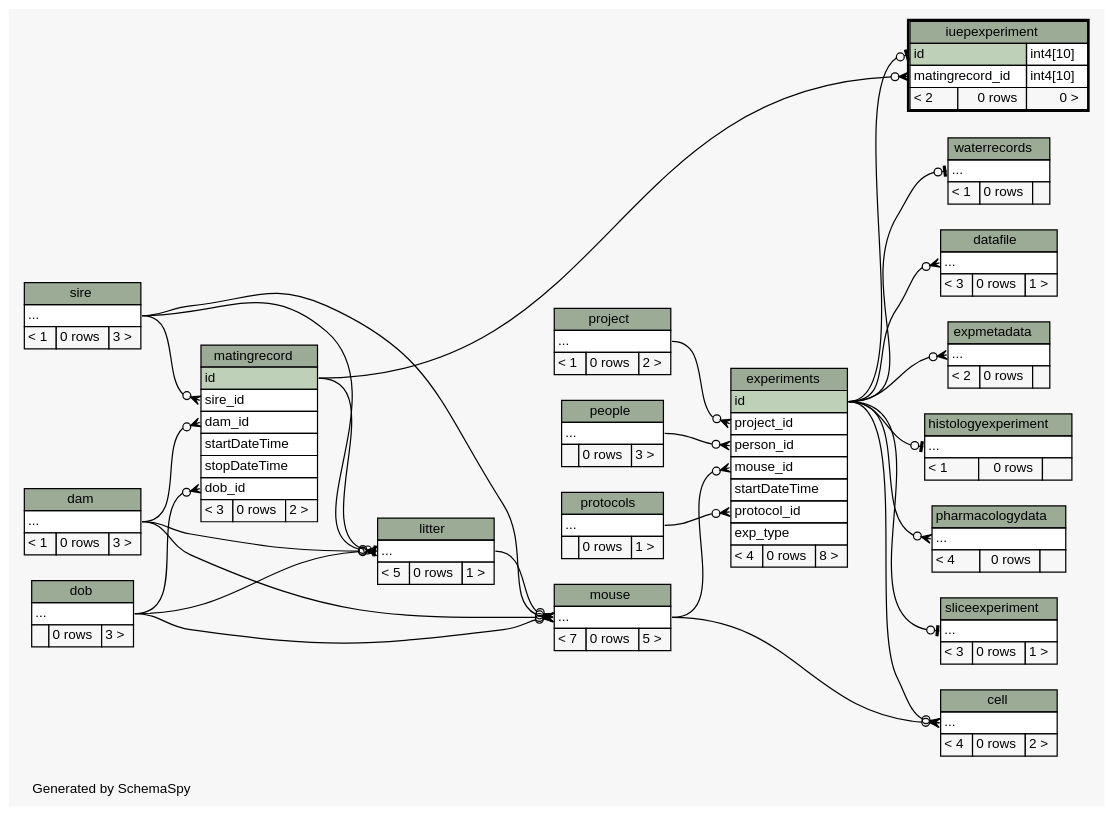
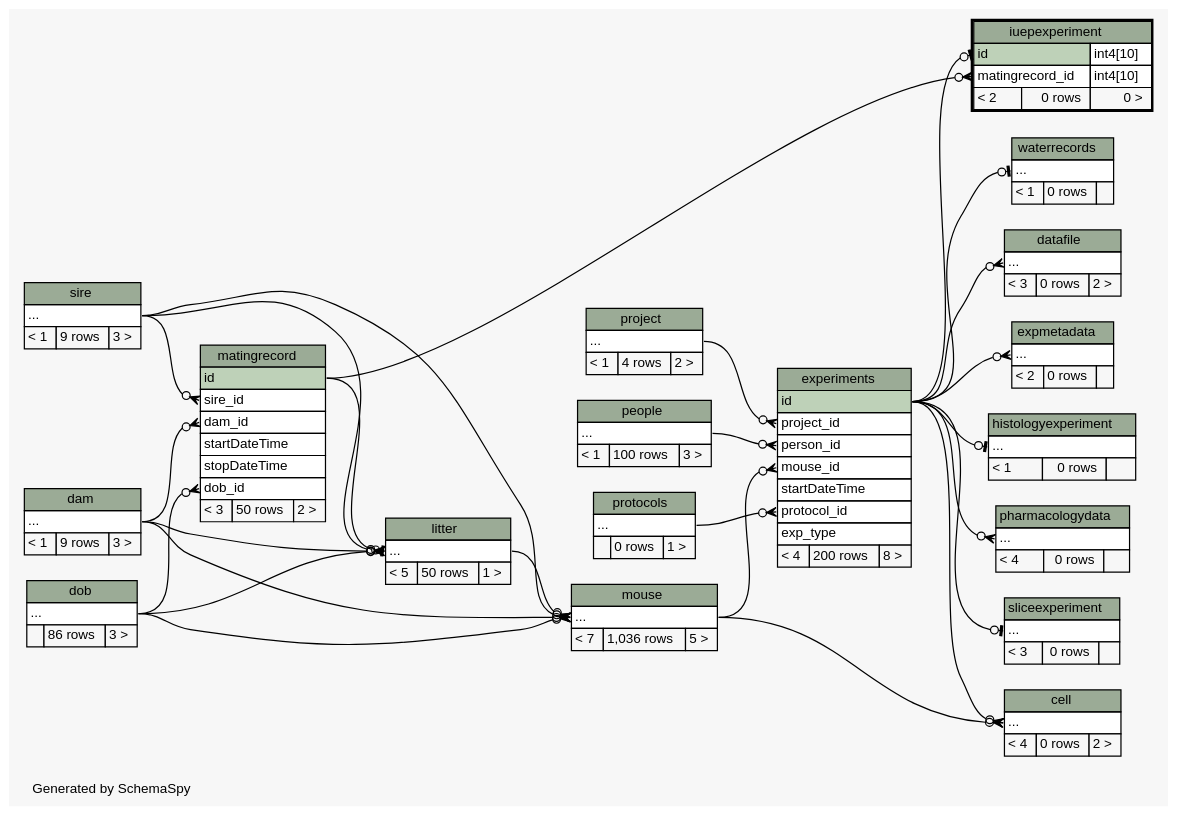
The diagram in database/ss/diagrams/iuepexperiment.2degrees.dot (tgbugs/mlab), drawn with Graphviz before and after one commit. The commit also changed 221 other files, not shown here.

```diff
--- a/database/ss/diagrams/iuepexperiment.2degrees.dot
+++ b/database/ss/diagrams/iuepexperiment.2degrees.dot
@@ -59,7 +59,7 @@
     <TABLE BORDER="0" CELLBORDER="1" CELLSPACING="0" BGCOLOR="#ffffff">
       <TR><TD COLSPAN="3" BGCOLOR="#9bab96" ALIGN="CENTER">dam</TD></TR>
       <TR><TD PORT="elipses" COLSPAN="3" ALIGN="LEFT">...</TD></TR>
-      <TR><TD ALIGN="LEFT" BGCOLOR="#f7f7f7">&lt; 1</TD><TD ALIGN="RIGHT" BGCOLOR="#f7f7f7">0 rows</TD><TD ALIGN="RIGHT" BGCOLOR="#f7f7f7">3 &gt;</TD></TR>
+      <TR><TD ALIGN="LEFT" BGCOLOR="#f7f7f7">&lt; 1</TD><TD ALIGN="RIGHT" BGCOLOR="#f7f7f7">9 rows</TD><TD ALIGN="RIGHT" BGCOLOR="#f7f7f7">3 &gt;</TD></TR>
     </TABLE>>
     URL="dam.html"
     tooltip="dam"
@@ -69,7 +69,7 @@
     <TABLE BORDER="0" CELLBORDER="1" CELLSPACING="0" BGCOLOR="#ffffff">
       <TR><TD COLSPAN="3" BGCOLOR="#9bab96" ALIGN="CENTER">datafile</TD></TR>
       <TR><TD PORT="elipses" COLSPAN="3" ALIGN="LEFT">...</TD></TR>
-      <TR><TD ALIGN="LEFT" BGCOLOR="#f7f7f7">&lt; 3</TD><TD ALIGN="RIGHT" BGCOLOR="#f7f7f7">0 rows</TD><TD ALIGN="RIGHT" BGCOLOR="#f7f7f7">1 &gt;</TD></TR>
+      <TR><TD ALIGN="LEFT" BGCOLOR="#f7f7f7">&lt; 3</TD><TD ALIGN="RIGHT" BGCOLOR="#f7f7f7">0 rows</TD><TD ALIGN="RIGHT" BGCOLOR="#f7f7f7">2 &gt;</TD></TR>
     </TABLE>>
     URL="datafile.html"
     tooltip="datafile"
@@ -79,7 +79,7 @@
     <TABLE BORDER="0" CELLBORDER="1" CELLSPACING="0" BGCOLOR="#ffffff">
       <TR><TD COLSPAN="3" BGCOLOR="#9bab96" ALIGN="CENTER">dob</TD></TR>
       <TR><TD PORT="elipses" COLSPAN="3" ALIGN="LEFT">...</TD></TR>
-      <TR><TD ALIGN="LEFT" BGCOLOR="#f7f7f7">  </TD><TD ALIGN="RIGHT" BGCOLOR="#f7f7f7">0 rows</TD><TD ALIGN="RIGHT" BGCOLOR="#f7f7f7">3 &gt;</TD></TR>
+      <TR><TD ALIGN="LEFT" BGCOLOR="#f7f7f7">  </TD><TD ALIGN="RIGHT" BGCOLOR="#f7f7f7">86 rows</TD><TD ALIGN="RIGHT" BGCOLOR="#f7f7f7">3 &gt;</TD></TR>
     </TABLE>>
     URL="dob.html"
     tooltip="dob"
@@ -95,7 +95,7 @@
       <TR><TD PORT="startDateTime" COLSPAN="3" ALIGN="LEFT">startDateTime</TD></TR>
       <TR><TD PORT="protocol_id" COLSPAN="3" ALIGN="LEFT">protocol_id</TD></TR>
       <TR><TD PORT="exp_type" COLSPAN="3" ALIGN="LEFT">exp_type</TD></TR>
-      <TR><TD ALIGN="LEFT" BGCOLOR="#f7f7f7">&lt; 4</TD><TD ALIGN="RIGHT" BGCOLOR="#f7f7f7">0 rows</TD><TD ALIGN="RIGHT" BGCOLOR="#f7f7f7">8 &gt;</TD></TR>
+      <TR><TD ALIGN="LEFT" BGCOLOR="#f7f7f7">&lt; 4</TD><TD ALIGN="RIGHT" BGCOLOR="#f7f7f7">200 rows</TD><TD ALIGN="RIGHT" BGCOLOR="#f7f7f7">8 &gt;</TD></TR>
     </TABLE>>
     URL="experiments.html"
     tooltip="experiments"
@@ -136,7 +136,7 @@
     <TABLE BORDER="0" CELLBORDER="1" CELLSPACING="0" BGCOLOR="#ffffff">
       <TR><TD COLSPAN="3" BGCOLOR="#9bab96" ALIGN="CENTER">litter</TD></TR>
       <TR><TD PORT="elipses" COLSPAN="3" ALIGN="LEFT">...</TD></TR>
-      <TR><TD ALIGN="LEFT" BGCOLOR="#f7f7f7">&lt; 5</TD><TD ALIGN="RIGHT" BGCOLOR="#f7f7f7">0 rows</TD><TD ALIGN="RIGHT" BGCOLOR="#f7f7f7">1 &gt;</TD></TR>
+      <TR><TD ALIGN="LEFT" BGCOLOR="#f7f7f7">&lt; 5</TD><TD ALIGN="RIGHT" BGCOLOR="#f7f7f7">50 rows</TD><TD ALIGN="RIGHT" BGCOLOR="#f7f7f7">1 &gt;</TD></TR>
     </TABLE>>
     URL="litter.html"
     tooltip="litter"
@@ -151,7 +151,7 @@
       <TR><TD PORT="startDateTime" COLSPAN="3" ALIGN="LEFT">startDateTime</TD></TR>
       <TR><TD PORT="stopDateTime" COLSPAN="3" ALIGN="LEFT">stopDateTime</TD></TR>
       <TR><TD PORT="dob_id" COLSPAN="3" ALIGN="LEFT">dob_id</TD></TR>
-      <TR><TD ALIGN="LEFT" BGCOLOR="#f7f7f7">&lt; 3</TD><TD ALIGN="RIGHT" BGCOLOR="#f7f7f7">0 rows</TD><TD ALIGN="RIGHT" BGCOLOR="#f7f7f7">2 &gt;</TD></TR>
+      <TR><TD ALIGN="LEFT" BGCOLOR="#f7f7f7">&lt; 3</TD><TD ALIGN="RIGHT" BGCOLOR="#f7f7f7">50 rows</TD><TD ALIGN="RIGHT" BGCOLOR="#f7f7f7">2 &gt;</TD></TR>
     </TABLE>>
     URL="matingrecord.html"
     tooltip="matingrecord"
@@ -161,7 +161,7 @@
     <TABLE BORDER="0" CELLBORDER="1" CELLSPACING="0" BGCOLOR="#ffffff">
       <TR><TD COLSPAN="3" BGCOLOR="#9bab96" ALIGN="CENTER">mouse</TD></TR>
       <TR><TD PORT="elipses" COLSPAN="3" ALIGN="LEFT">...</TD></TR>
-      <TR><TD ALIGN="LEFT" BGCOLOR="#f7f7f7">&lt; 7</TD><TD ALIGN="RIGHT" BGCOLOR="#f7f7f7">0 rows</TD><TD ALIGN="RIGHT" BGCOLOR="#f7f7f7">5 &gt;</TD></TR>
+      <TR><TD ALIGN="LEFT" BGCOLOR="#f7f7f7">&lt; 7</TD><TD ALIGN="RIGHT" BGCOLOR="#f7f7f7">1,036 rows</TD><TD ALIGN="RIGHT" BGCOLOR="#f7f7f7">5 &gt;</TD></TR>
     </TABLE>>
     URL="mouse.html"
     tooltip="mouse"
@@ -171,7 +171,7 @@
     <TABLE BORDER="0" CELLBORDER="1" CELLSPACING="0" BGCOLOR="#ffffff">
       <TR><TD COLSPAN="3" BGCOLOR="#9bab96" ALIGN="CENTER">people</TD></TR>
       <TR><TD PORT="elipses" COLSPAN="3" ALIGN="LEFT">...</TD></TR>
-      <TR><TD ALIGN="LEFT" BGCOLOR="#f7f7f7">  </TD><TD ALIGN="RIGHT" BGCOLOR="#f7f7f7">0 rows</TD><TD ALIGN="RIGHT" BGCOLOR="#f7f7f7">3 &gt;</TD></TR>
+      <TR><TD ALIGN="LEFT" BGCOLOR="#f7f7f7">&lt; 1</TD><TD ALIGN="RIGHT" BGCOLOR="#f7f7f7">100 rows</TD><TD ALIGN="RIGHT" BGCOLOR="#f7f7f7">3 &gt;</TD></TR>
     </TABLE>>
     URL="people.html"
     tooltip="people"
@@ -191,7 +191,7 @@
     <TABLE BORDER="0" CELLBORDER="1" CELLSPACING="0" BGCOLOR="#ffffff">
       <TR><TD COLSPAN="3" BGCOLOR="#9bab96" ALIGN="CENTER">project</TD></TR>
       <TR><TD PORT="elipses" COLSPAN="3" ALIGN="LEFT">...</TD></TR>
-      <TR><TD ALIGN="LEFT" BGCOLOR="#f7f7f7">&lt; 1</TD><TD ALIGN="RIGHT" BGCOLOR="#f7f7f7">0 rows</TD><TD ALIGN="RIGHT" BGCOLOR="#f7f7f7">2 &gt;</TD></TR>
+      <TR><TD ALIGN="LEFT" BGCOLOR="#f7f7f7">&lt; 1</TD><TD ALIGN="RIGHT" BGCOLOR="#f7f7f7">4 rows</TD><TD ALIGN="RIGHT" BGCOLOR="#f7f7f7">2 &gt;</TD></TR>
     </TABLE>>
     URL="project.html"
     tooltip="project"
@@ -211,7 +211,7 @@
     <TABLE BORDER="0" CELLBORDER="1" CELLSPACING="0" BGCOLOR="#ffffff">
       <TR><TD COLSPAN="3" BGCOLOR="#9bab96" ALIGN="CENTER">sire</TD></TR>
       <TR><TD PORT="elipses" COLSPAN="3" ALIGN="LEFT">...</TD></TR>
-      <TR><TD ALIGN="LEFT" BGCOLOR="#f7f7f7">&lt; 1</TD><TD ALIGN="RIGHT" BGCOLOR="#f7f7f7">0 rows</TD><TD ALIGN="RIGHT" BGCOLOR="#f7f7f7">3 &gt;</TD></TR>
+      <TR><TD ALIGN="LEFT" BGCOLOR="#f7f7f7">&lt; 1</TD><TD ALIGN="RIGHT" BGCOLOR="#f7f7f7">9 rows</TD><TD ALIGN="RIGHT" BGCOLOR="#f7f7f7">3 &gt;</TD></TR>
     </TABLE>>
     URL="sire.html"
     tooltip="sire"
@@ -221,7 +221,7 @@
     <TABLE BORDER="0" CELLBORDER="1" CELLSPACING="0" BGCOLOR="#ffffff">
       <TR><TD COLSPAN="3" BGCOLOR="#9bab96" ALIGN="CENTER">sliceexperiment</TD></TR>
       <TR><TD PORT="elipses" COLSPAN="3" ALIGN="LEFT">...</TD></TR>
-      <TR><TD ALIGN="LEFT" BGCOLOR="#f7f7f7">&lt; 3</TD><TD ALIGN="RIGHT" BGCOLOR="#f7f7f7">0 rows</TD><TD ALIGN="RIGHT" BGCOLOR="#f7f7f7">1 &gt;</TD></TR>
+      <TR><TD ALIGN="LEFT" BGCOLOR="#f7f7f7">&lt; 3</TD><TD ALIGN="RIGHT" BGCOLOR="#f7f7f7">0 rows</TD><TD ALIGN="RIGHT" BGCOLOR="#f7f7f7">  </TD></TR>
     </TABLE>>
     URL="sliceexperiment.html"
     tooltip="sliceexperiment"
```
